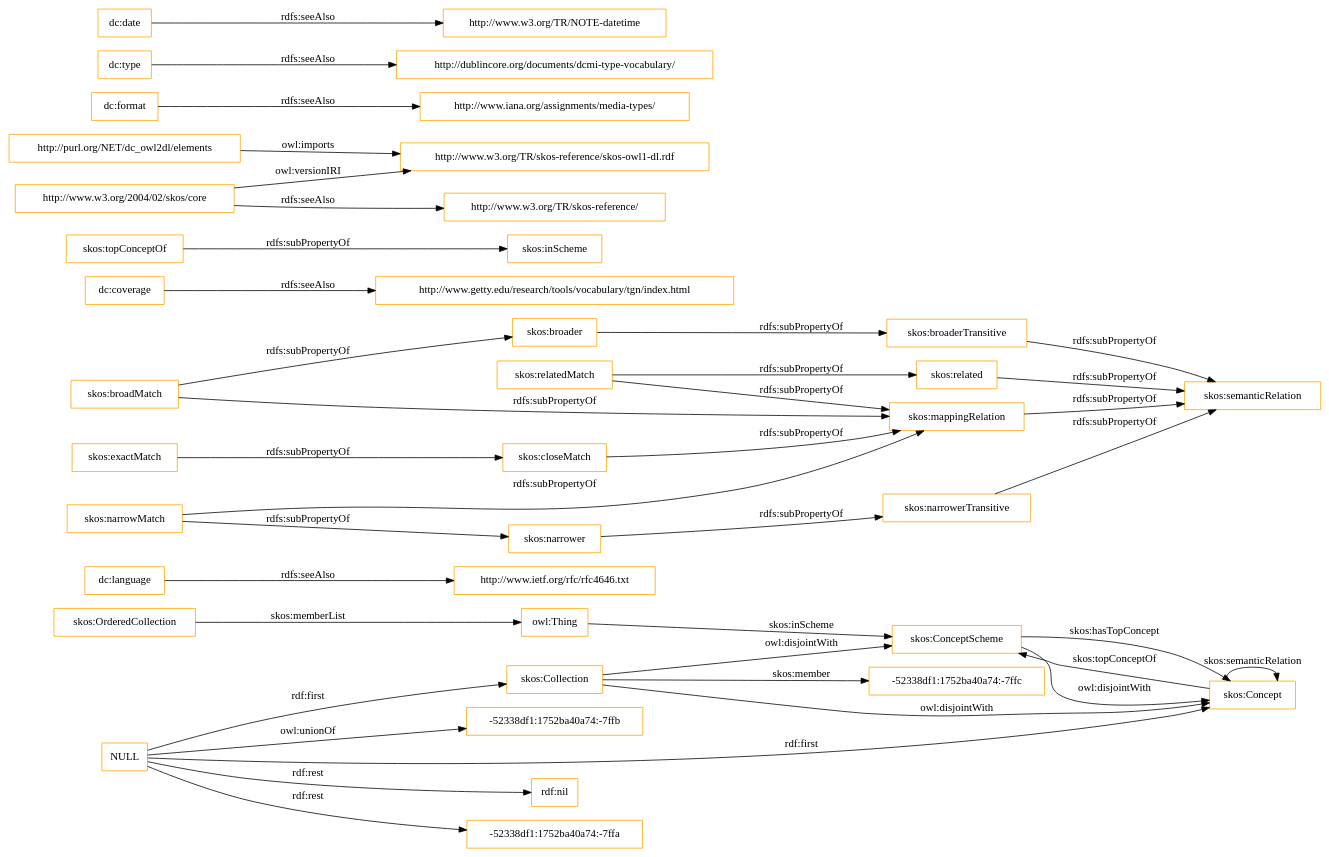
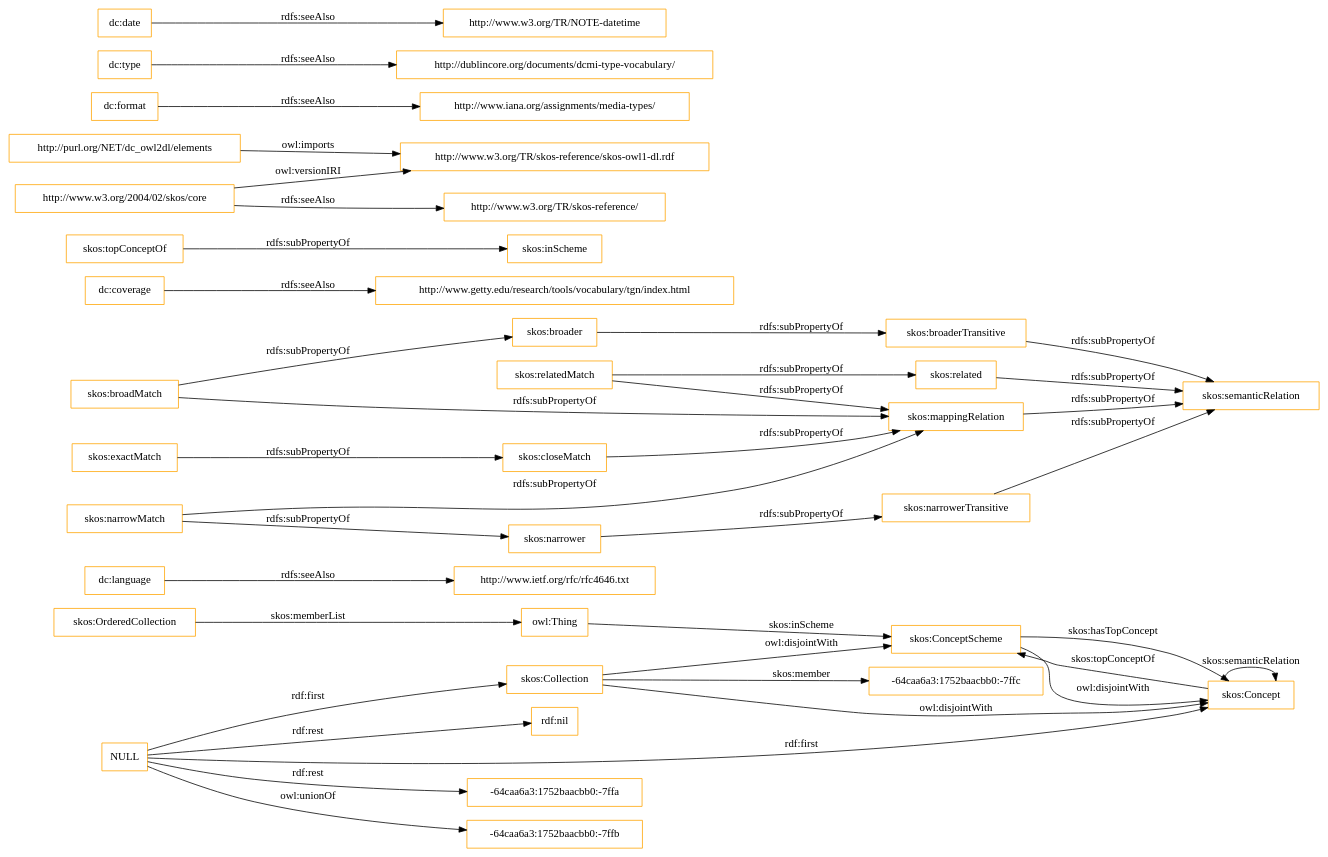
Before and after one commit to OnToologyUser/core-ontology-1: the diagram in OnToology/imports/elements.owl/diagrams/ar2dtool-class/elements.owl.png.dot, drawn with Graphviz. The commit also changed 14 other files, not shown here.

```diff
--- a/OnToology/imports/elements.owl/diagrams/ar2dtool-class/elements.owl.png.dot
+++ b/OnToology/imports/elements.owl/diagrams/ar2dtool-class/elements.owl.png.dot
@@ -1,43 +1,43 @@
 digraph ar2dtool_diagram { 
 rankdir=LR;
 size="1501"
-node [shape = rectangle, color="orange"]; "-52338df1:1752ba40a74:-7ffc" "skos:OrderedCollection" "skos:Collection" "skos:ConceptScheme" "skos:Concept" ; /*classes style*/
+node [shape = rectangle, color="orange"]; "-64caa6a3:1752baacbb0:-7ffc" "skos:OrderedCollection" "skos:Collection" "skos:ConceptScheme" "skos:Concept" ; /*classes style*/
 	"dc:language" -> "http://www.ietf.org/rfc/rfc4646.txt" [ label = "rdfs:seeAlso" ];
+	"NULL" -> "-64caa6a3:1752baacbb0:-7ffa" [ label = "rdf:rest" ];
+	"NULL" -> "skos:Concept" [ label = "rdf:first" ];
+	"NULL" -> "-64caa6a3:1752baacbb0:-7ffb" [ label = "owl:unionOf" ];
 	"NULL" -> "rdf:nil" [ label = "rdf:rest" ];
 	"NULL" -> "skos:Collection" [ label = "rdf:first" ];
-	"NULL" -> "-52338df1:1752ba40a74:-7ffa" [ label = "rdf:rest" ];
-	"NULL" -> "skos:Concept" [ label = "rdf:first" ];
-	"NULL" -> "-52338df1:1752ba40a74:-7ffb" [ label = "owl:unionOf" ];
 	"skos:closeMatch" -> "skos:mappingRelation" [ label = "rdfs:subPropertyOf" ];
 	"dc:coverage" -> "http://www.getty.edu/research/tools/vocabulary/tgn/index.html" [ label = "rdfs:seeAlso" ];
 	"skos:relatedMatch" -> "skos:related" [ label = "rdfs:subPropertyOf" ];
 	"skos:relatedMatch" -> "skos:mappingRelation" [ label = "rdfs:subPropertyOf" ];
 	"skos:ConceptScheme" -> "skos:Concept" [ label = "owl:disjointWith" ];
 	"skos:related" -> "skos:semanticRelation" [ label = "rdfs:subPropertyOf" ];
 	"skos:topConceptOf" -> "skos:inScheme" [ label = "rdfs:subPropertyOf" ];
 	"skos:broadMatch" -> "skos:broader" [ label = "rdfs:subPropertyOf" ];
 	"skos:broadMatch" -> "skos:mappingRelation" [ label = "rdfs:subPropertyOf" ];
 	"http://purl.org/NET/dc_owl2dl/elements" -> "http://www.w3.org/TR/skos-reference/skos-owl1-dl.rdf" [ label = "owl:imports" ];
 	"skos:exactMatch" -> "skos:closeMatch" [ label = "rdfs:subPropertyOf" ];
 	"dc:format" -> "http://www.iana.org/assignments/media-types/" [ label = "rdfs:seeAlso" ];
 	"skos:broaderTransitive" -> "skos:semanticRelation" [ label = "rdfs:subPropertyOf" ];
 	"dc:type" -> "http://dublincore.org/documents/dcmi-type-vocabulary/" [ label = "rdfs:seeAlso" ];
 	"skos:broader" -> "skos:broaderTransitive" [ label = "rdfs:subPropertyOf" ];
 	"skos:mappingRelation" -> "skos:semanticRelation" [ label = "rdfs:subPropertyOf" ];
 	"http://www.w3.org/2004/02/skos/core" -> "http://www.w3.org/TR/skos-reference/skos-owl1-dl.rdf" [ label = "owl:versionIRI" ];
 	"http://www.w3.org/2004/02/skos/core" -> "http://www.w3.org/TR/skos-reference/" [ label = "rdfs:seeAlso" ];
 	"skos:Collection" -> "skos:ConceptScheme" [ label = "owl:disjointWith" ];
 	"skos:Collection" -> "skos:Concept" [ label = "owl:disjointWith" ];
 	"skos:narrowMatch" -> "skos:narrower" [ label = "rdfs:subPropertyOf" ];
 	"skos:narrowMatch" -> "skos:mappingRelation" [ label = "rdfs:subPropertyOf" ];
 	"skos:narrower" -> "skos:narrowerTransitive" [ label = "rdfs:subPropertyOf" ];
 	"dc:date" -> "http://www.w3.org/TR/NOTE-datetime" [ label = "rdfs:seeAlso" ];
 	"skos:narrowerTransitive" -> "skos:semanticRelation" [ label = "rdfs:subPropertyOf" ];
 	"skos:OrderedCollection" -> "owl:Thing" [ label = "skos:memberList" ];
 	"skos:Concept" -> "skos:ConceptScheme" [ label = "skos:topConceptOf" ];
 	"skos:Concept" -> "skos:Concept" [ label = "skos:semanticRelation" ];
-	"skos:Collection" -> "-52338df1:1752ba40a74:-7ffc" [ label = "skos:member" ];
+	"skos:Collection" -> "-64caa6a3:1752baacbb0:-7ffc" [ label = "skos:member" ];
 	"skos:ConceptScheme" -> "skos:Concept" [ label = "skos:hasTopConcept" ];
 	"owl:Thing" -> "skos:ConceptScheme" [ label = "skos:inScheme" ];
 
 }
```
